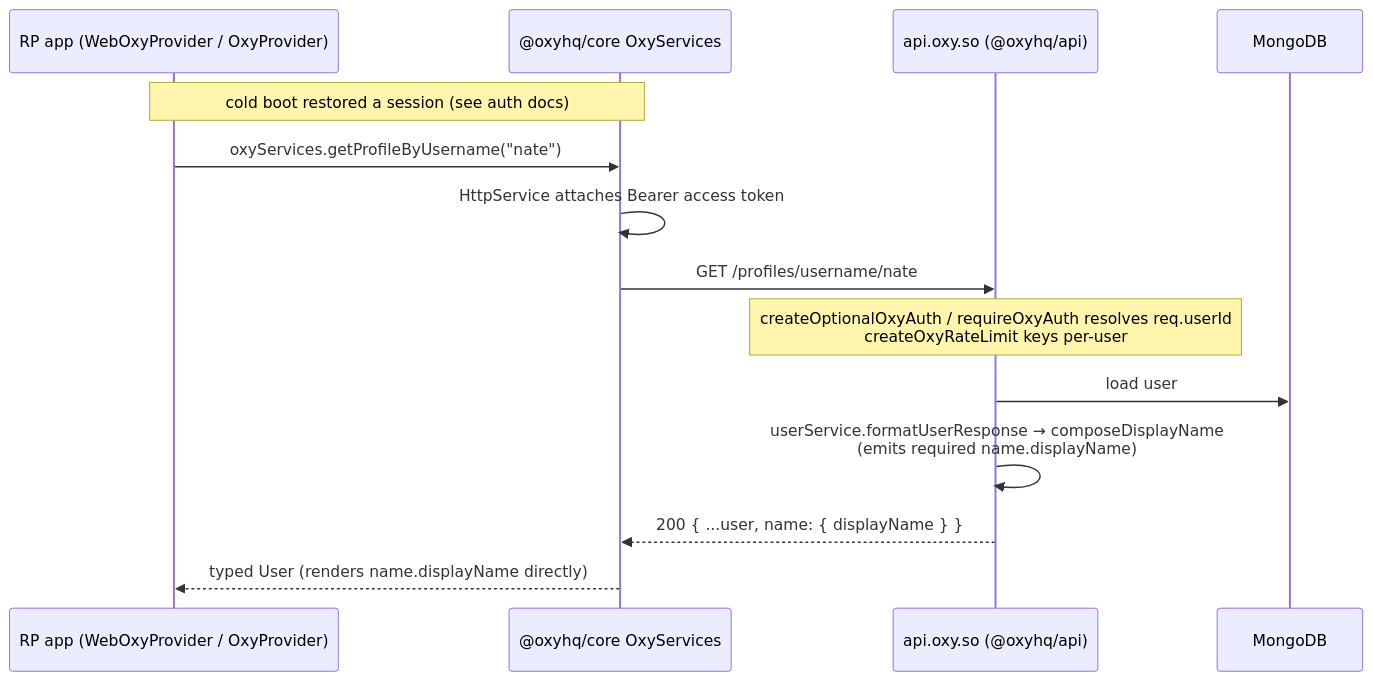
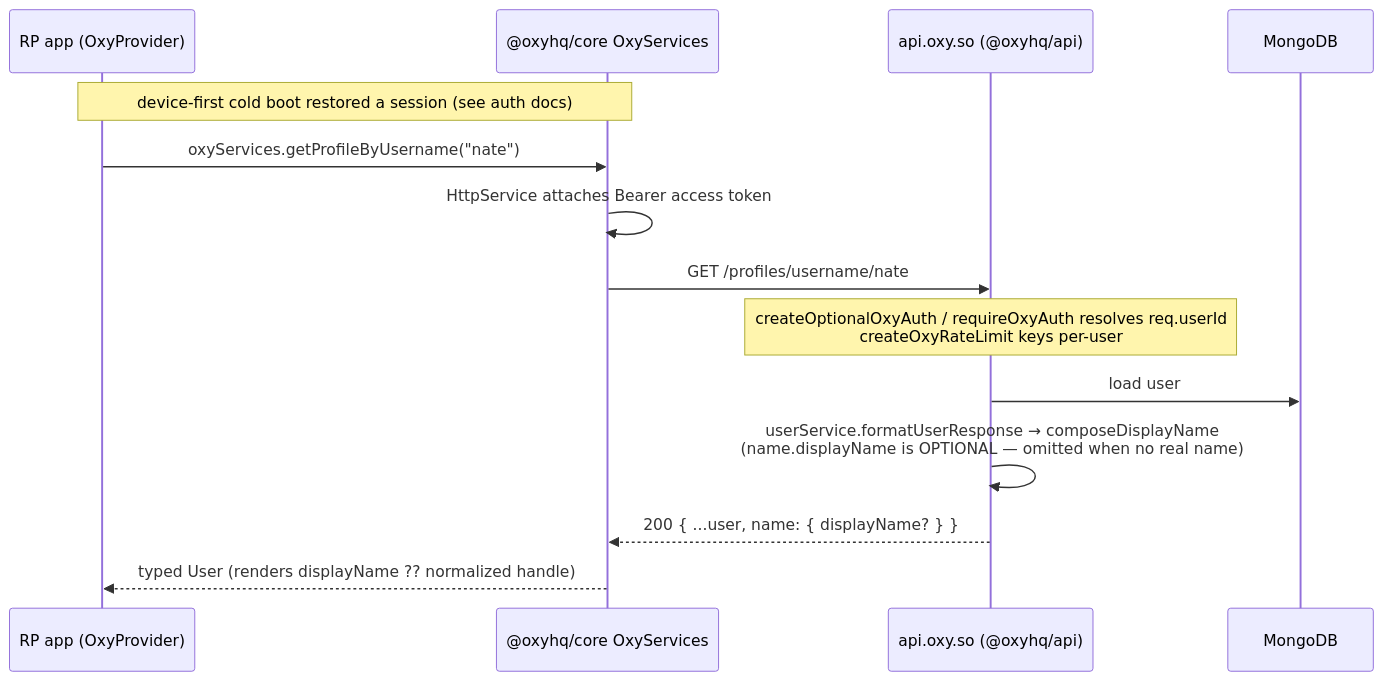
One commit to OxyHQ/OxyHQServices changed the second of 2 diagrams in docs/architecture/overview.md. Above: the diagram before and after it, drawn with Mermaid. The commit also changed other lines of this file and 2 other files, not shown here.

First line of the commit message:
docs(core): rewrite ARCHITECTURE, docs index, and architecture overview to device-first

````diff
--- a/docs/architecture/overview.md
+++ b/docs/architecture/overview.md
@@ -144,17 +154,17 @@
 ```mermaid
 sequenceDiagram
-    participant App as RP app (WebOxyProvider / OxyProvider)
+    participant App as RP app (OxyProvider)
     participant SDK as @oxyhq/core OxyServices
     participant API as api.oxy.so (@oxyhq/api)
     participant DB as MongoDB
 
-    Note over App,SDK: cold boot restored a session (see auth docs)
+    Note over App,SDK: device-first cold boot restored a session (see auth docs)
     App->>SDK: oxyServices.getProfileByUsername("nate")
     SDK->>SDK: HttpService attaches Bearer access token
     SDK->>API: GET /profiles/username/nate
     Note over API: createOptionalOxyAuth / requireOxyAuth resolves req.userId<br/>createOxyRateLimit keys per-user
     API->>DB: load user
-    API->>API: userService.formatUserResponse → composeDisplayName<br/>(emits required name.displayName)
-    API-->>SDK: 200 { ...user, name: { displayName } }
-    SDK-->>App: typed User (renders name.displayName directly)
+    API->>API: userService.formatUserResponse → composeDisplayName<br/>(name.displayName is OPTIONAL — omitted when no real name)
+    API-->>SDK: 200 { ...user, name: { displayName? } }
+    SDK-->>App: typed User (renders displayName ?? normalized handle)
 ```
````
